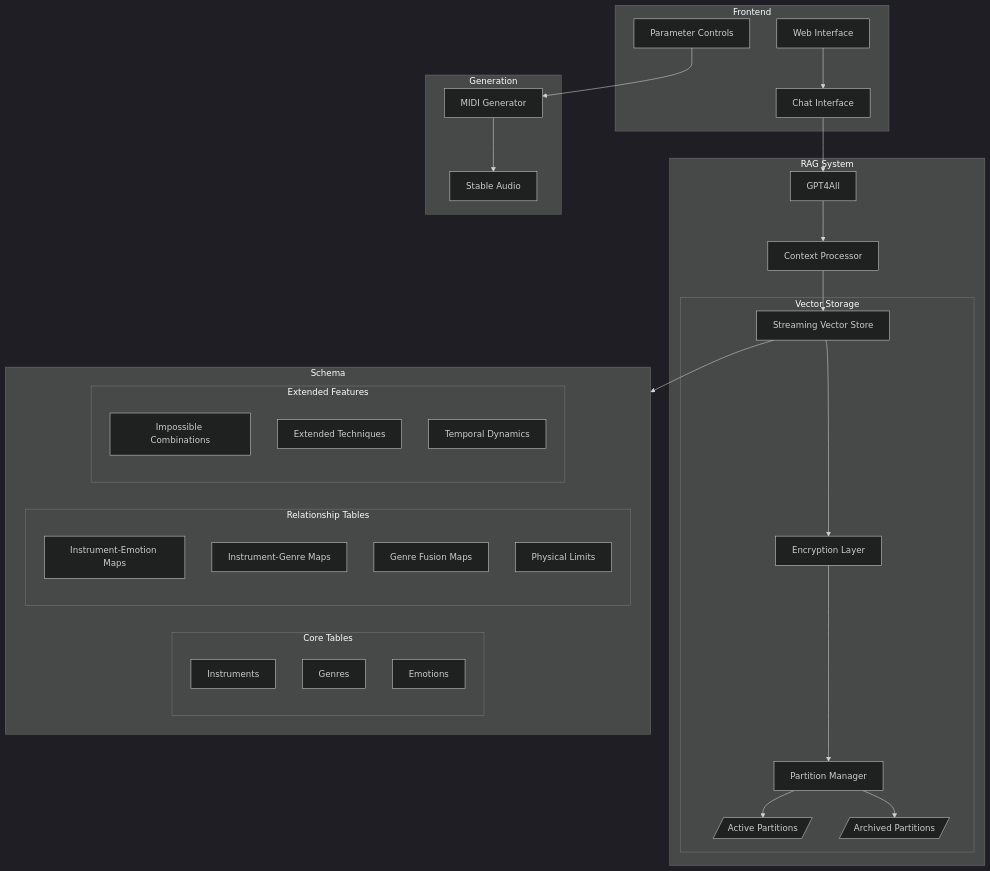
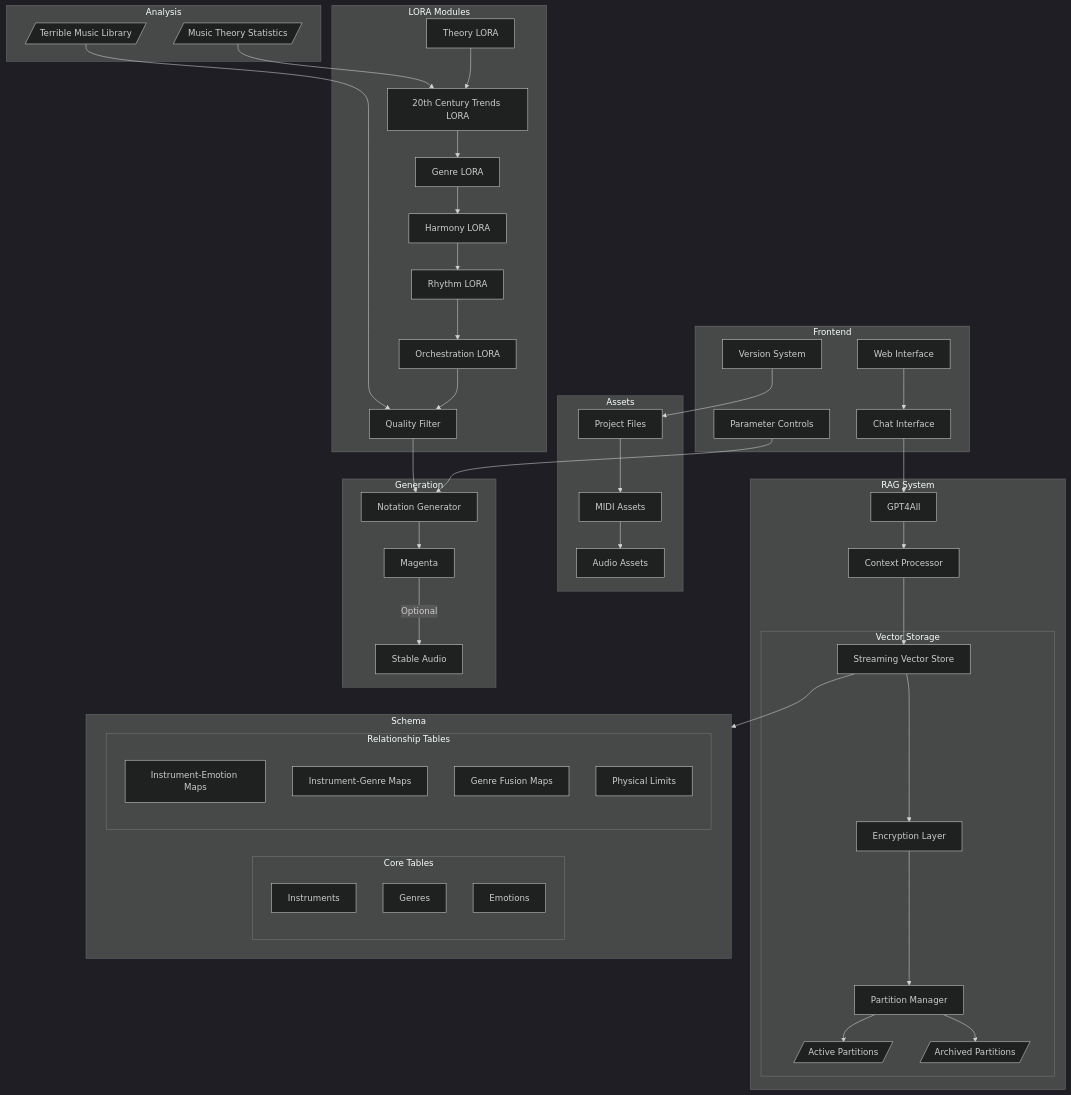
The diagram in data-architecture-3.mermaid (LynnColeArt/LoveCraftPlanning), drawn with Mermaid (dark theme) before and after one commit.

Commit message:
More complete picture of the system spec.

```diff
--- a/data-architecture-3.mermaid
+++ b/data-architecture-3.mermaid
@@ -1,56 +1,88 @@
 flowchart TD
     subgraph Frontend
         UI[Web Interface]
         Chat[Chat Interface]
         PM[Parameter Controls]
+        VS[Version System]
     end
 
     subgraph RAG System
         GPT[GPT4All]
         subgraph Vector Storage
             SVS[Streaming Vector Store]
             EL[Encryption Layer]
             PM2[Partition Manager]
             ACT[/Active Partitions/]
             ARC[/Archived Partitions/]
         end
         CP[Context Processor]
+    end
+
+    subgraph Analysis
+        TML[/Terrible Music Library/]
+        MTS[/Music Theory Statistics/]
+    end
+
+    subgraph LORA Modules
+        TH[Theory LORA]
+        GE[Genre LORA]
+        HA[Harmony LORA]
+        RH[Rhythm LORA]
+        OR[Orchestration LORA]
+        TR[20th Century Trends LORA]
+        QF[Quality Filter]
+    end
+
+    subgraph Assets
+        PRJ[Project Files]
+        MIDI[MIDI Assets]
+        AUD[Audio Assets]
     end
 
     subgraph Schema
         subgraph Core Tables
             INS[Instruments]
             GEN[Genres]
             EMO[Emotions]
         end
         
         subgraph Relationship Tables
             IE[Instrument-Emotion Maps]
             IG[Instrument-Genre Maps]
             GF[Genre Fusion Maps]
             PL[Physical Limits]
         end
-        
-        subgraph Extended Features
-            IMP[Impossible Combinations]
-            ET[Extended Techniques]
-            TD[Temporal Dynamics]
-        end
     end
 
     subgraph Generation
-        MIDI[MIDI Generator]
+        NOT[Notation Generator]
+        MAG[Magenta]
         SA[Stable Audio]
     end
 
     UI --> Chat
     Chat --> GPT
     GPT --> CP
     CP --> SVS
     SVS --> EL
     EL --> PM2
     PM2 --> ACT
     PM2 --> ARC
     SVS --> Schema
-    PM --> MIDI
-    MIDI --> SA
+    
+    TML --> QF
+    MTS --> TR
+    TH --> TR
+    TR --> GE
+    GE --> HA
+    HA --> RH
+    RH --> OR
+    OR --> QF
+    QF --> NOT
+    NOT --> MAG
+    MAG --> |Optional| SA
+
+    PM --> NOT
+    VS --> PRJ
+    PRJ --> MIDI
+    MIDI --> AUD
```
